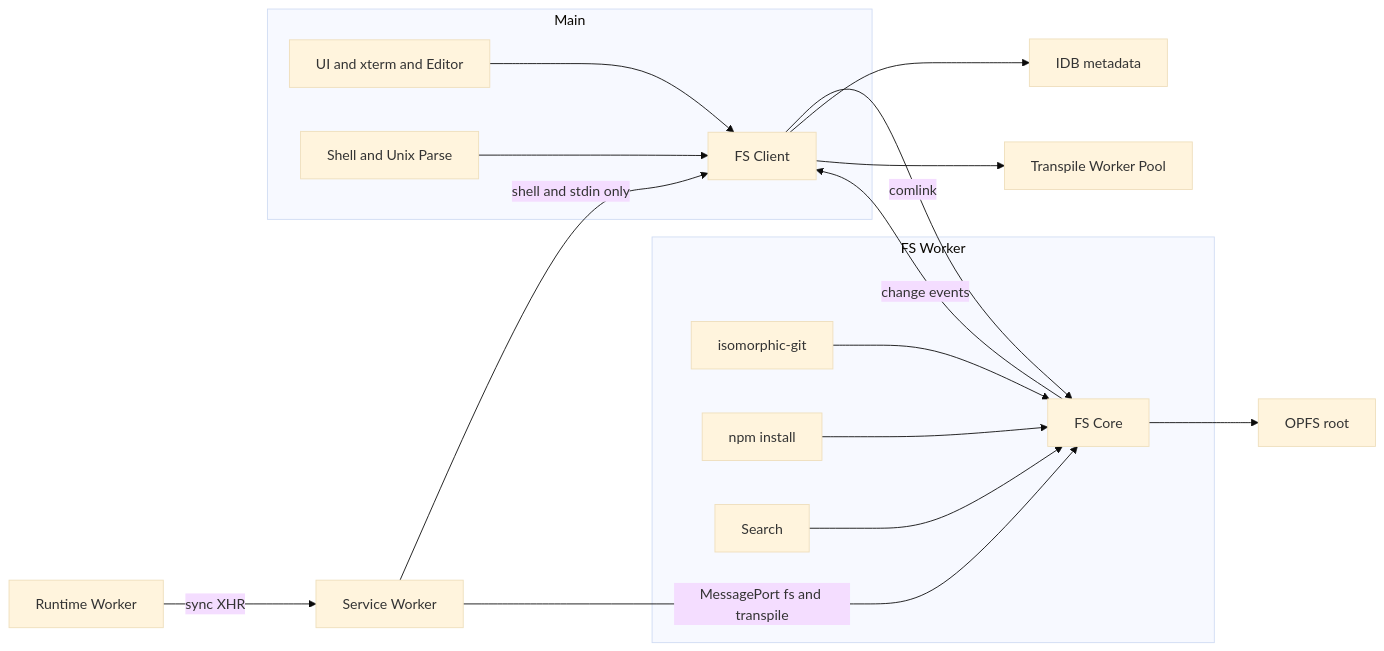
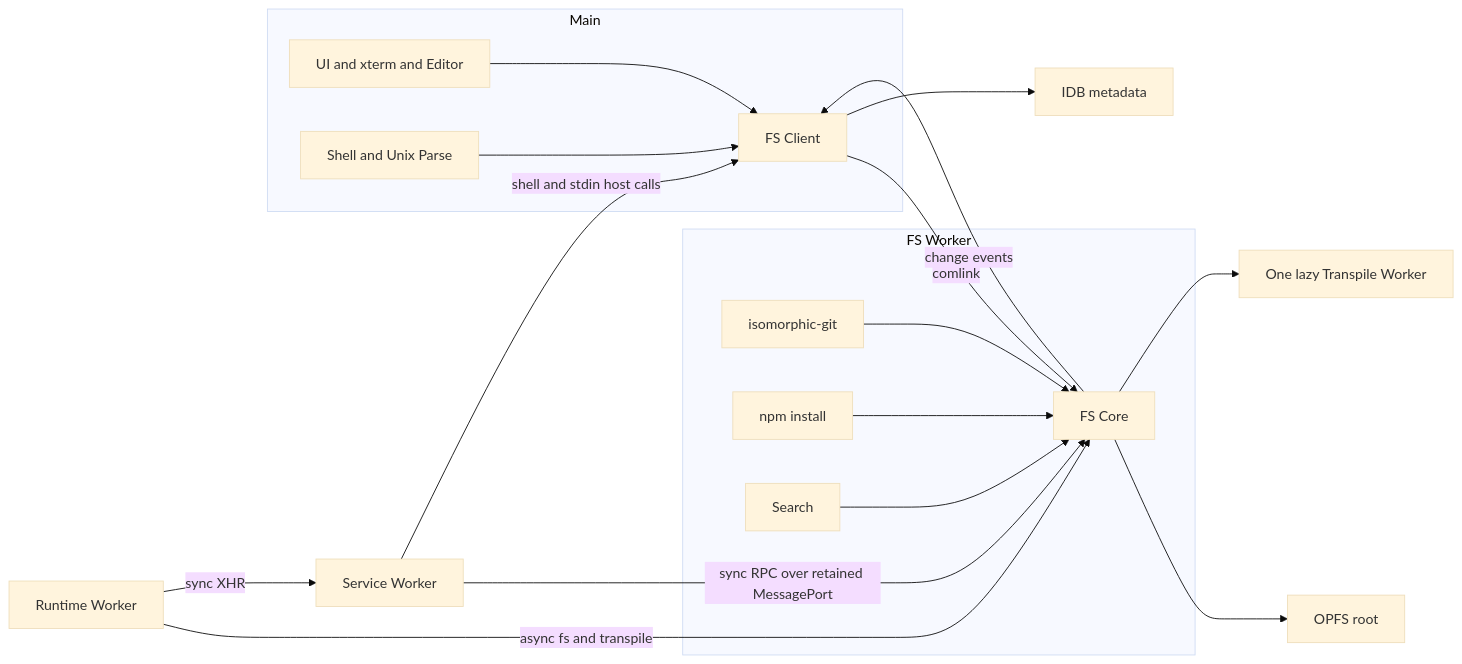
One commit to Stasshe/Pyxis-CodeCanvas changed the diagram in docs/plan/opfs-migration.md. Above: the diagram before and after it, drawn with Mermaid (base theme). The commit also changed other lines of this file and 330 other files, not shown here.

````diff
--- a/docs/plan/opfs-migration.md
+++ b/docs/plan/opfs-migration.md
@@ -7,30 +7,31 @@
 ```mermaid
 graph LR
   subgraph Main
     UI[UI and xterm and Editor]
     Cmd[Shell and Unix Parse]
     Client[FS Client]
   end
   subgraph FSWorker[FS Worker]
     FSCore[FS Core]
     Git[isomorphic-git]
     Npm[npm install]
     Search[Search]
   end
   RT[Runtime Worker]
-  TP[Transpile Worker Pool]
+  TP[One lazy Transpile Worker]
   SW[Service Worker]
   UI --> Client
   Cmd --> Client
   Client -->|comlink| FSCore
   Git --> FSCore
   Npm --> FSCore
   Search --> FSCore
   FSCore --> OPFS[OPFS root]
   FSCore -->|change events| Client
   Client --> Meta[IDB metadata]
+  RT -->|async fs and transpile| FSCore
   RT -->|sync XHR| SW
-  SW -->|MessagePort fs and transpile| FSCore
-  SW -->|shell and stdin only| Client
-  Client --> TP
+  SW -->|sync RPC over retained MessagePort| FSCore
+  SW -->|shell and stdin host calls| Client
+  FSCore --> TP
 ```
````
